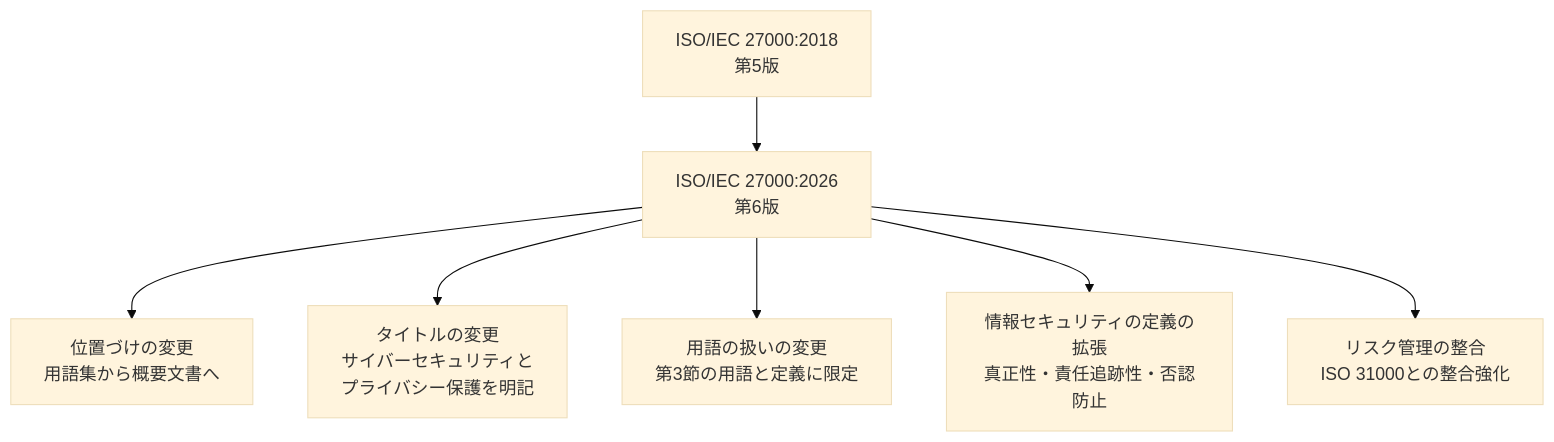
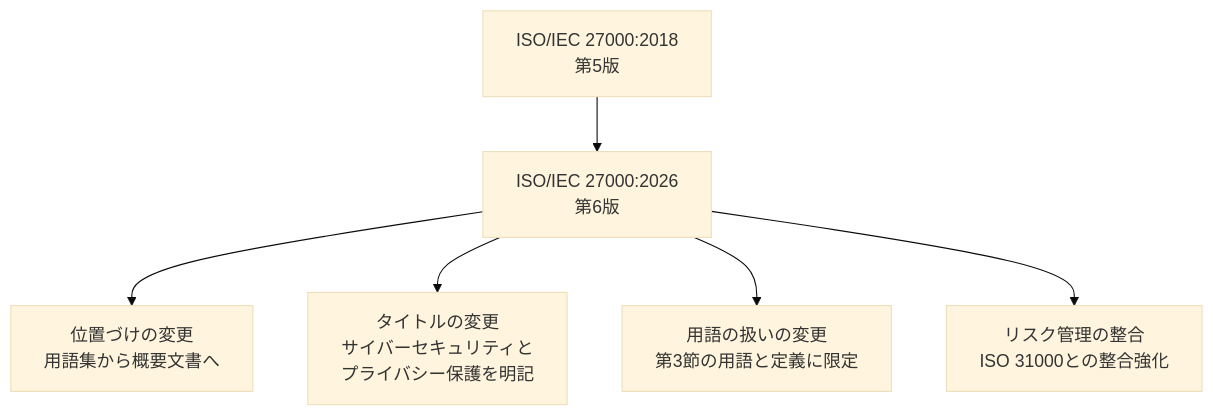
The third of 6 diagrams in Iso-iec-27000-2026-guide.md (myoshi2891/Security_Studies), drawn with Mermaid (base theme) before and after one commit. The commit also changed other lines of this file, not shown here.

````diff
--- a/Iso-iec-27000-2026-guide.md
+++ b/Iso-iec-27000-2026-guide.md
@@ -168,9 +168,8 @@
 ```mermaid
 flowchart TD
     A["ISO/IEC 27000:2018<br/>第5版"] --> B["ISO/IEC 27000:2026<br/>第6版"]
     B --> C["位置づけの変更<br/>用語集から概要文書へ"]
     B --> D["タイトルの変更<br/>サイバーセキュリティと<br/>プライバシー保護を明記"]
     B --> E["用語の扱いの変更<br/>第3節の用語と定義に限定"]
-    B --> F["情報セキュリティの定義の拡張<br/>真正性・責任追跡性・否認防止"]
     B --> G["リスク管理の整合<br/>ISO 31000との整合強化"]
 ```
````
